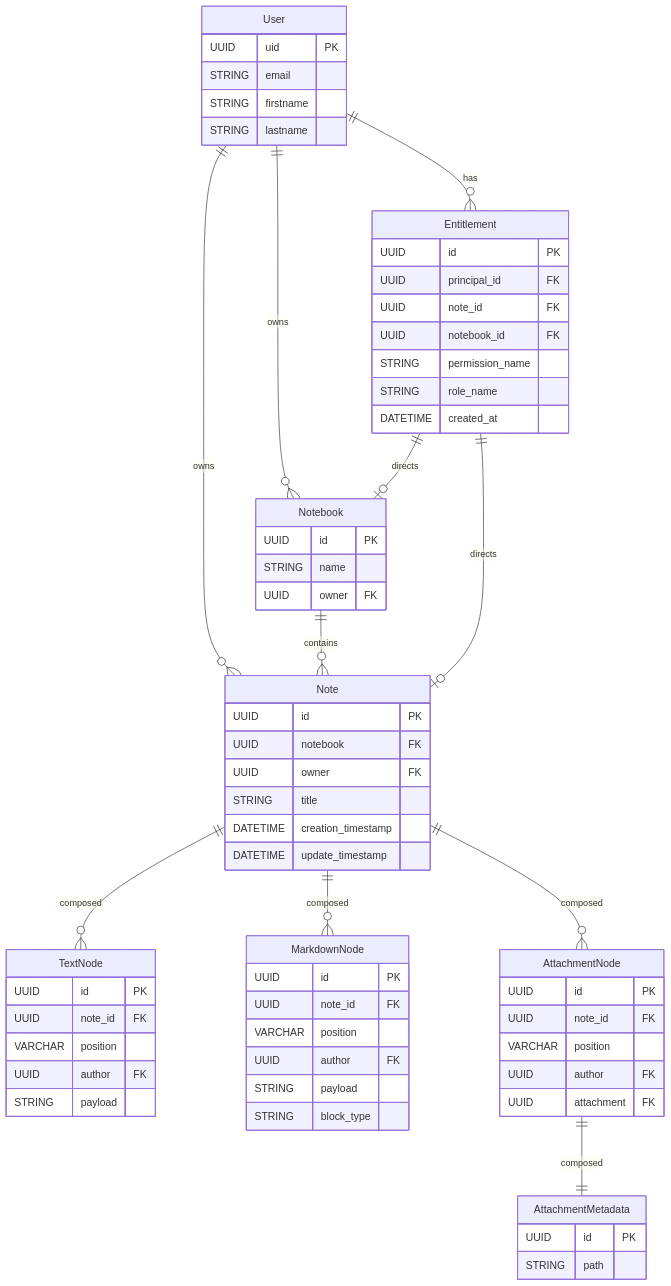
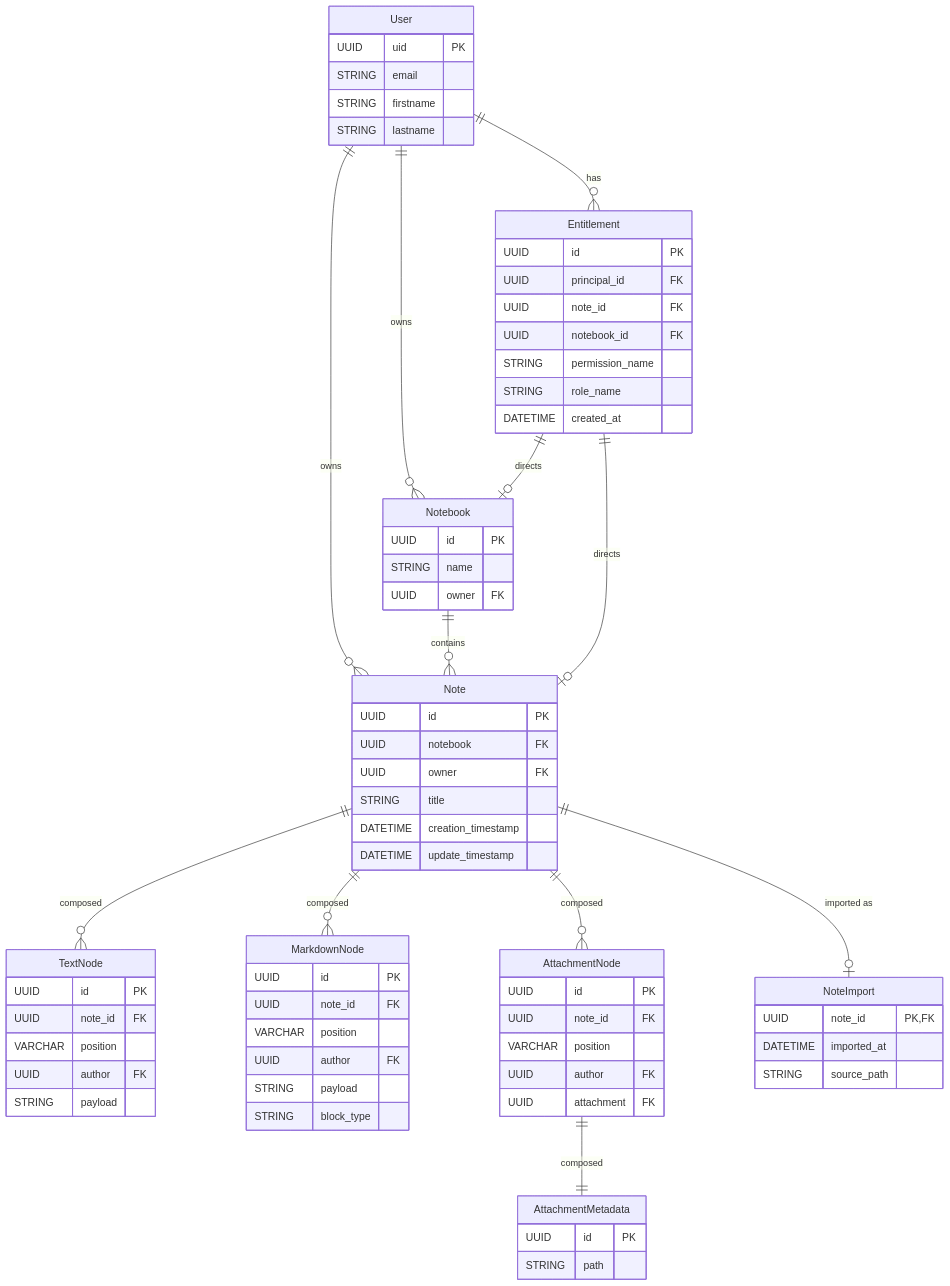
The diagram in docs/architecture/notesservice.md (fpacifici/assistant), drawn with Mermaid before and after one commit. The commit also changed other lines of this file and 31 other files, not shown here.

```diff
--- a/docs/architecture/notesservice.md
+++ b/docs/architecture/notesservice.md
@@ -85,6 +85,13 @@
         DATETIME created_at
     }
 
+    NoteImport {
+        UUID note_id PK, FK
+        DATETIME imported_at
+        STRING source_path
+    }
+
+    Note ||--o| NoteImport : "imported as"
     User ||--o{ Entitlement : "has"
     Entitlement ||--o| Note : "directs"
     Entitlement ||--o| Notebook : "directs"
```
